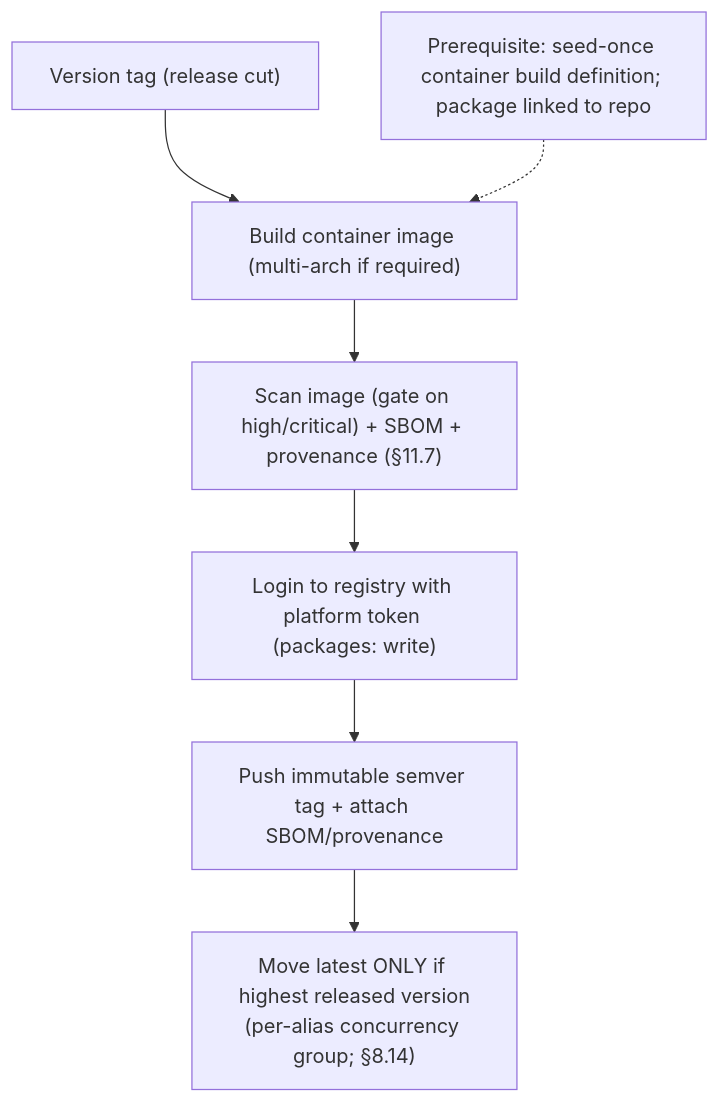
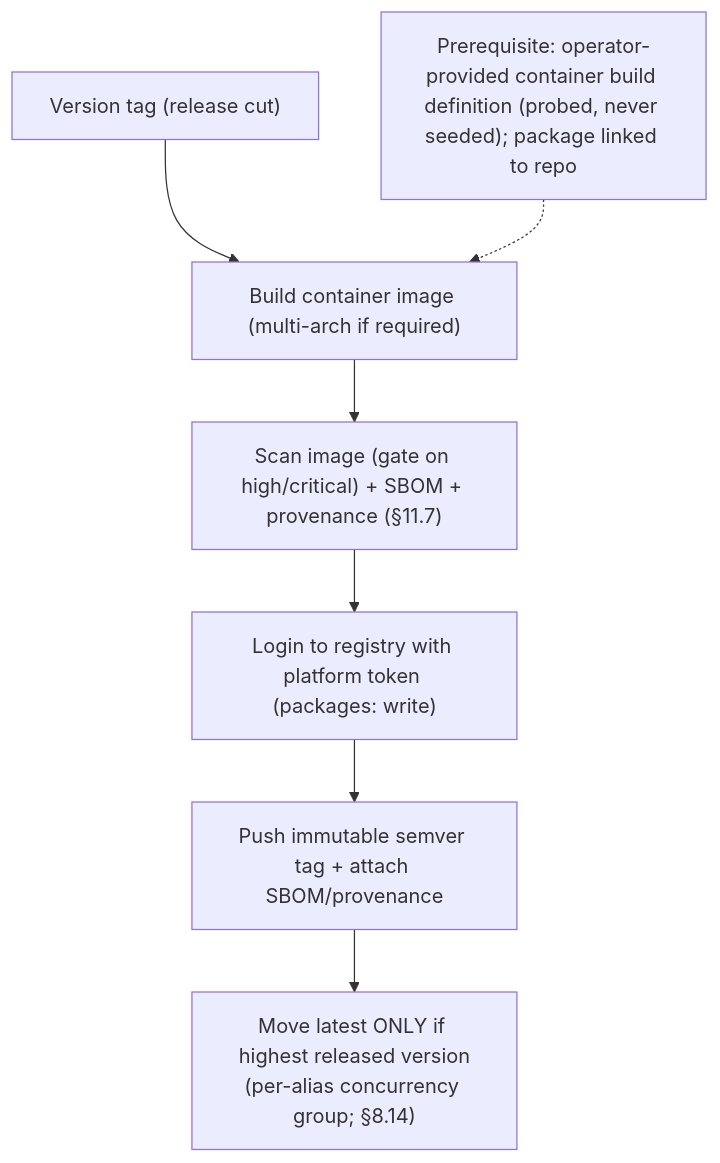
One commit to amattas/aviato changed diagram 21 of 23 in REQUIREMENTS.md. Above: the diagram before and after it, drawn with Mermaid. The commit also changed other lines of this file and 10 other files, not shown here.

````diff
--- a/REQUIREMENTS.md
+++ b/REQUIREMENTS.md
@@ -1761,9 +1763,9 @@
 ```mermaid
 flowchart TD
     A["Version tag (release cut)"] --> B["Build container image (multi-arch if required)"]
     B --> S["Scan image (gate on high/critical) + SBOM + provenance (§11.7)"]
     S --> C["Login to registry with platform token (packages: write)"]
     C --> D["Push immutable semver tag + attach SBOM/provenance"]
     D --> D2["Move latest ONLY if highest released version<br/>(per-alias concurrency group; §8.14)"]
-    P["Prerequisite: seed-once container build definition; package linked to repo"] -.-> B
+    P["Prerequisite: operator-provided container build definition (probed, never seeded); package linked to repo"] -.-> B
 ```
````
